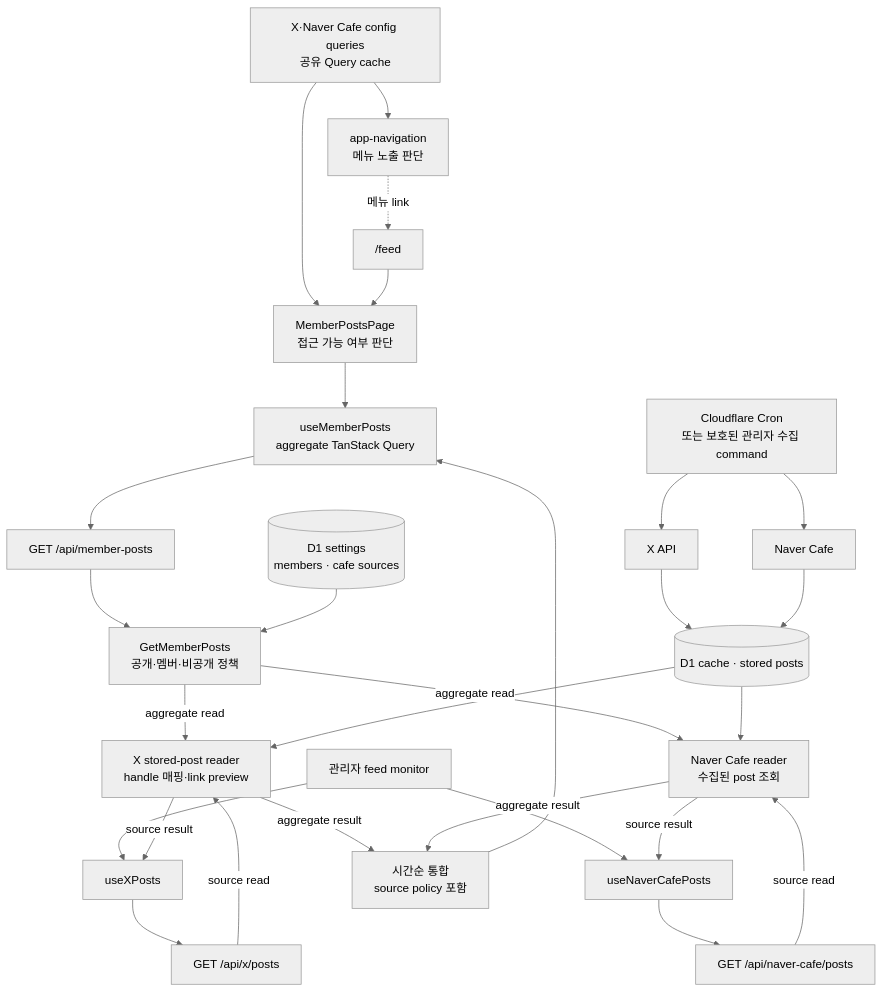
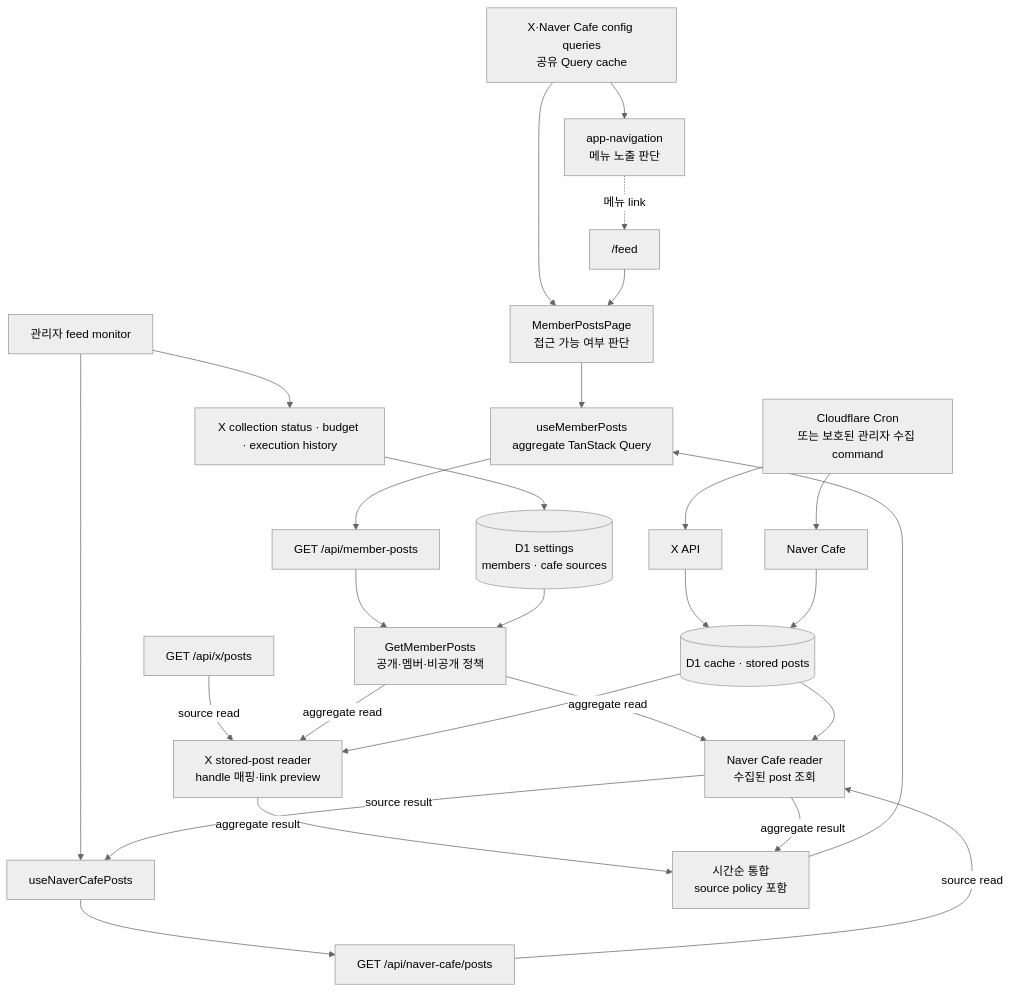
Before and after one commit to rlatmfrl24/overthewall-schedule: the eighth of 11 diagrams in docs/architecture.md, drawn with Mermaid (neutral theme). The commit also changed 80 other files, not shown here.

````diff
--- a/docs/architecture.md
+++ b/docs/architecture.md
@@ -514,51 +514,50 @@
 ```mermaid
 flowchart TB
   page["/feed"]
   monitor["관리자 feed monitor"]
   config["X·Naver Cafe config queries<br/>공유 Query cache"]
   navigation["app-navigation<br/>메뉴 노출 판단"]
   gate["MemberPostsPage<br/>접근 가능 여부 판단"]
   query["useMemberPosts<br/>aggregate TanStack Query"]
   route["GET /api/member-posts"]
-  xMonitorQuery["useXPosts"]
+  xMonitorQuery["X collection status · budget · execution history"]
   cafeMonitorQuery["useNaverCafePosts"]
   xRoute["GET /api/x/posts"]
   cafeRoute["GET /api/naver-cafe/posts"]
   policy["GetMemberPosts<br/>공개·멤버·비공개 정책"]
   settings[("D1 settings<br/>members · cafe sources")]
   xReader["X stored-post reader<br/>handle 매핑·link preview"]
   cafeReader["Naver Cafe reader<br/>수집된 post 조회"]
   xApi["X API"]
   cafeSite["Naver Cafe"]
   store[("D1 cache · stored posts")]
   merge["시간순 통합<br/>source policy 포함"]
   collector["Cloudflare Cron<br/>또는 보호된 관리자 수집 command"]
 
   config --> navigation
   config --> gate
   navigation -. "메뉴 link" .-> page
   page --> gate
   gate --> query
   monitor --> xMonitorQuery
   monitor --> cafeMonitorQuery
   query --> route
-  xMonitorQuery --> xRoute
+  xMonitorQuery --> settings
   cafeMonitorQuery --> cafeRoute
   route --> policy
   xRoute -->|"source read"| xReader
   cafeRoute -->|"source read"| cafeReader
   settings --> policy
   policy -->|"aggregate read"| xReader
   policy -->|"aggregate read"| cafeReader
   store --> xReader
   store --> cafeReader
   collector --> xApi
   collector --> cafeSite
   xApi --> store
   cafeSite --> store
   xReader -->|"aggregate result"| merge
   cafeReader -->|"aggregate result"| merge
-  xReader -->|"source result"| xMonitorQuery
   cafeReader -->|"source result"| cafeMonitorQuery
   merge --> query
 ```
````
